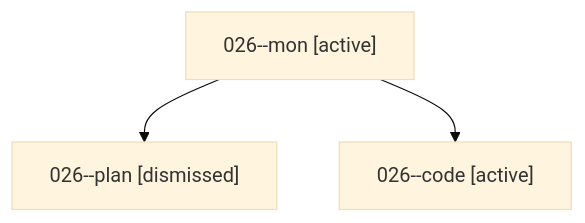
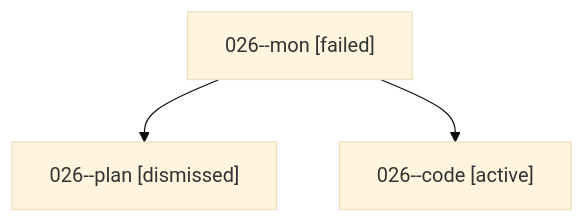
Before and after one commit to sase-org/sase--agents: the diagram in sessions/bbugyi200.athena.026.md, drawn with Mermaid (base theme). The commit also changed other lines of this file and 6 other files, not shown here.

````diff
--- a/sessions/bbugyi200.athena.026.md
+++ b/sessions/bbugyi200.athena.026.md
@@ -9,8 +9,8 @@
 ```mermaid
 flowchart TD
-  n0["026--mon [active]"]
+  n0["026--mon [failed]"]
   n1["026--plan [dismissed]"]
   n0 --> n1
   n2["026--code [active]"]
   n0 --> n2
 ```
````
